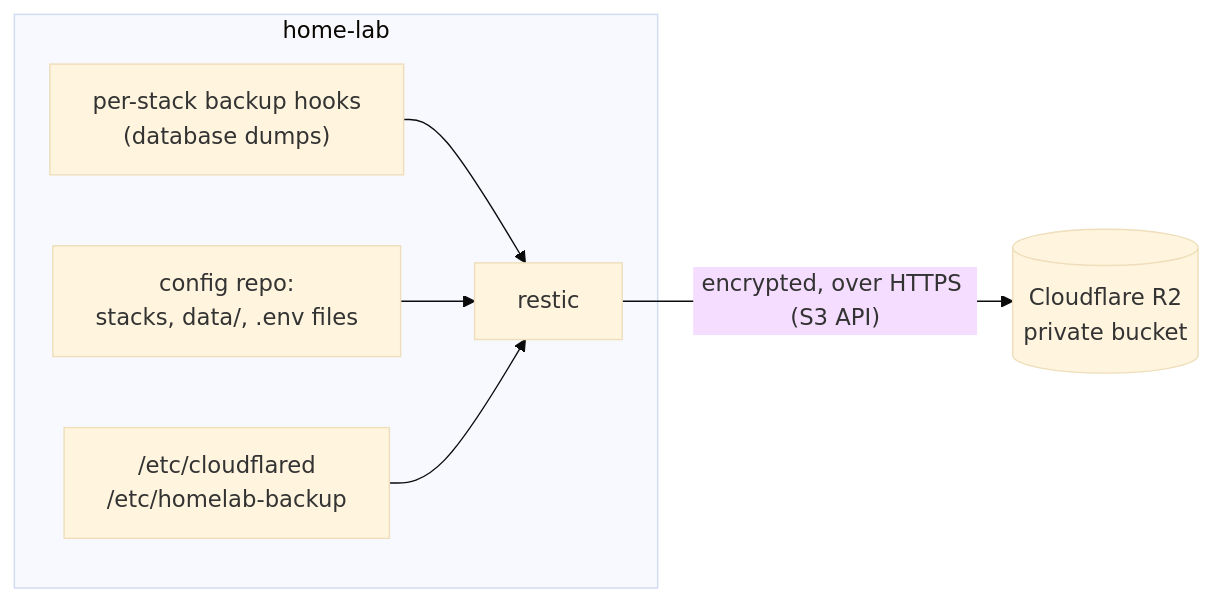
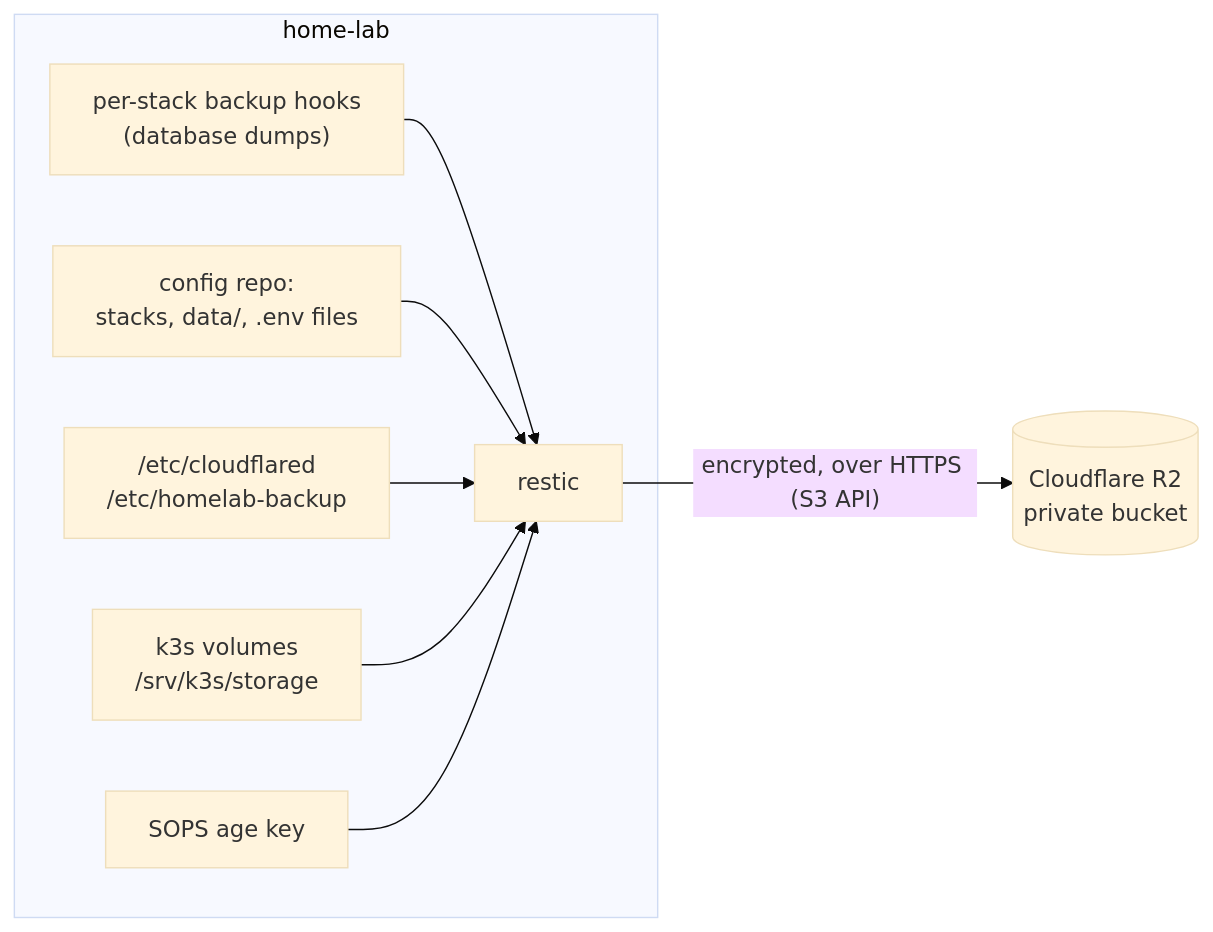
Before and after one commit to AshiqAbdulkhader/Homelab: the diagram in docs/backups.md, drawn with Mermaid (base theme). The commit also changed other lines of this file and 7 other files, not shown here.

````diff
--- a/docs/backups.md
+++ b/docs/backups.md
@@ -15,9 +15,11 @@
 ```mermaid
 flowchart LR
     subgraph host [home-lab]
         hooks["per-stack backup hooks<br/>(database dumps)"] --> restic
         cfg["config repo:<br/>stacks, data/, .env files"] --> restic
         etc["/etc/cloudflared<br/>/etc/homelab-backup"] --> restic
+        k3s["k3s volumes<br/>/srv/k3s/storage"] --> restic
+        age["SOPS age key"] --> restic
     end
     restic -->|"encrypted, over HTTPS (S3 API)"| r2[(Cloudflare R2<br/>private bucket)]
 ```
````
